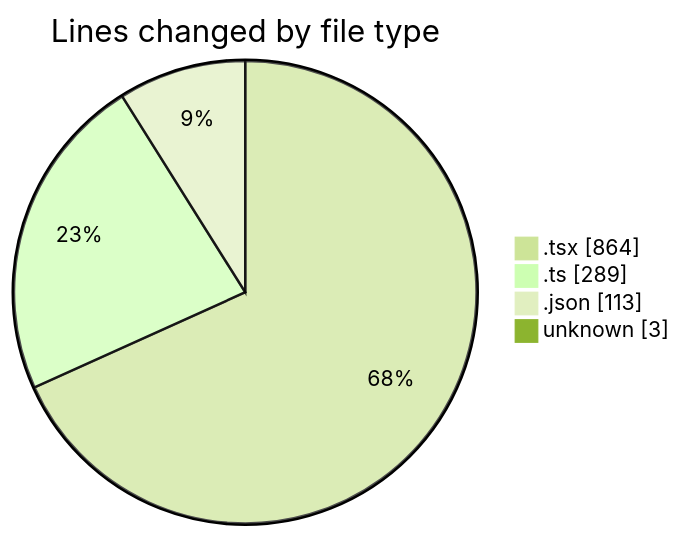
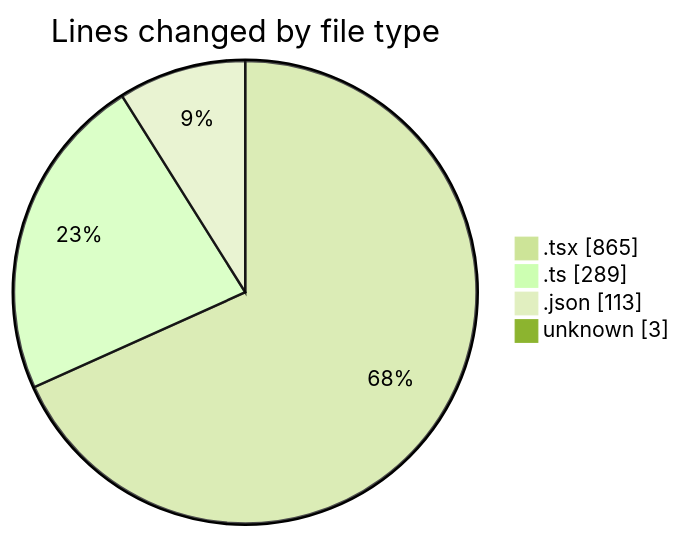
The first of 2 diagrams in 2025-02-23/pdf-analysis-app/README.md (momahboobian/code-tracking), drawn with Mermaid (forest theme) before and after one commit. The commit also changed other lines of this file and 1 other file, not shown here.

````diff
--- a/2025-02-23/pdf-analysis-app/README.md
+++ b/2025-02-23/pdf-analysis-app/README.md
@@ -33,8 +33,8 @@
 ```mermaid
 pie showData
 title Lines changed by file type
-".tsx" : 864
+".tsx" : 865
 ".ts" : 289
 ".json" : 113
 "unknown" : 3
 ```
````
